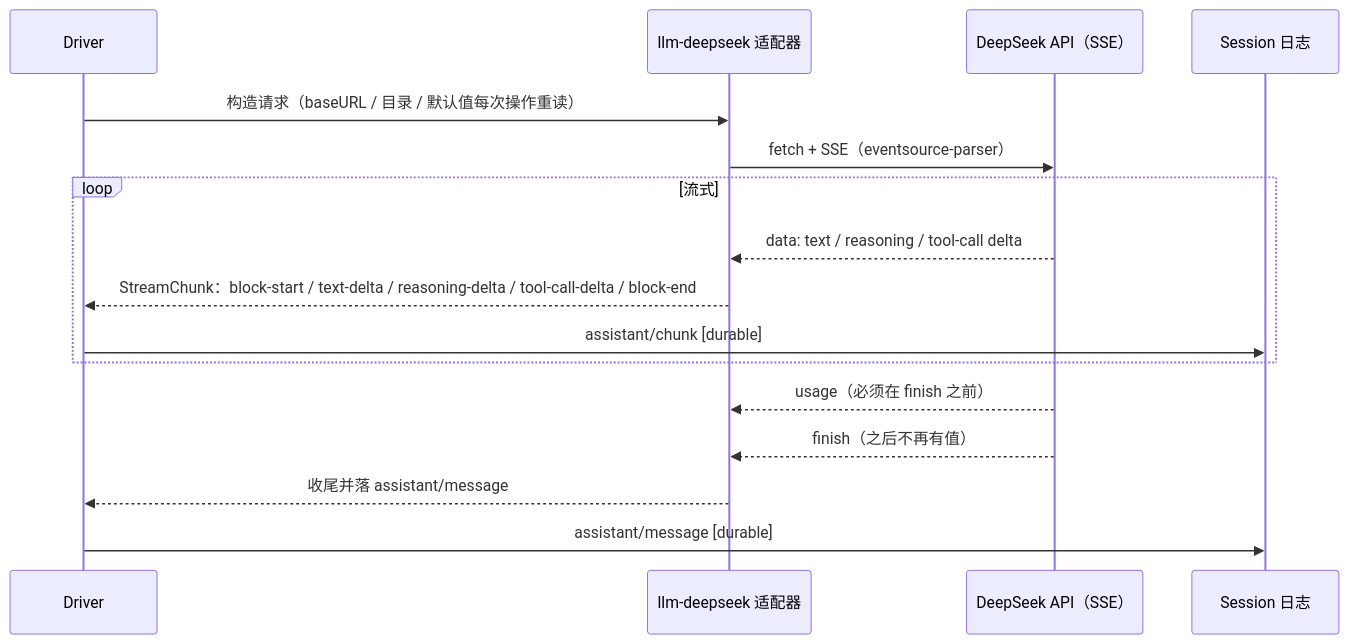
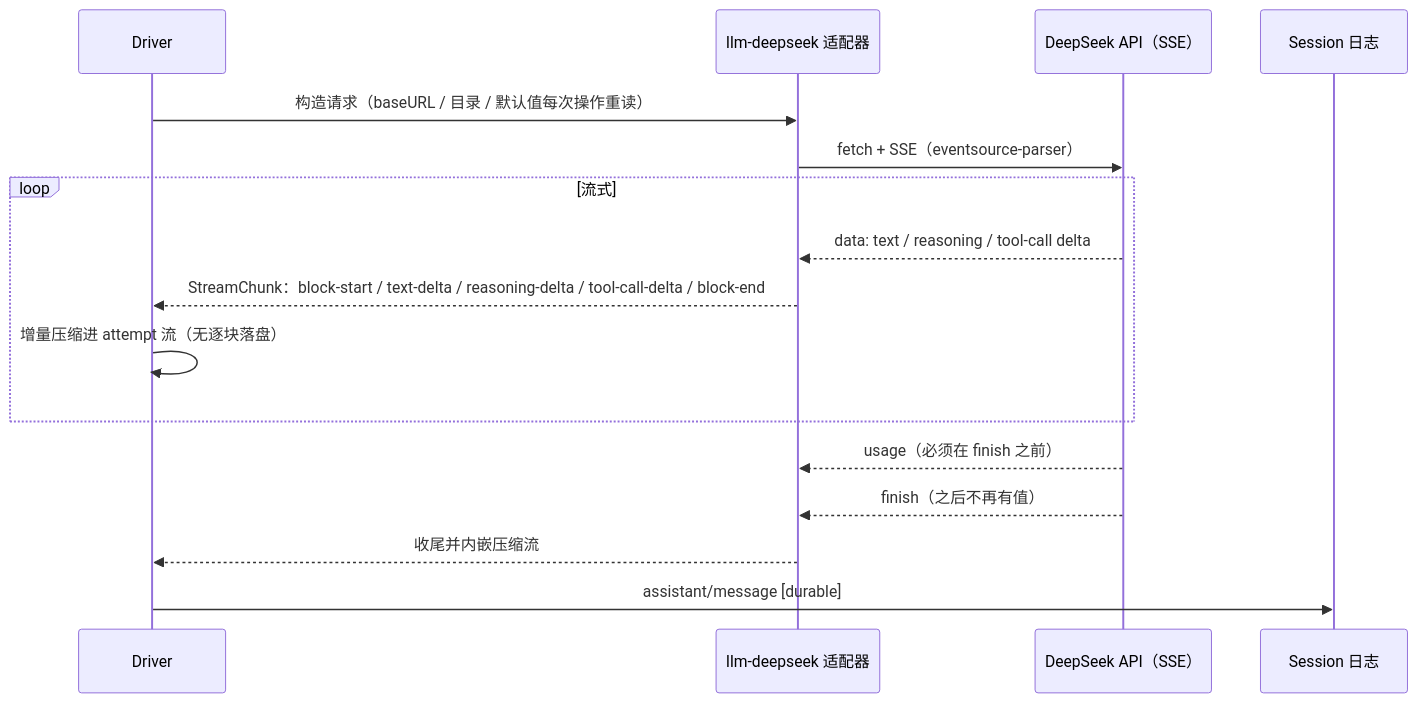
One commit to ZZKeepCurious/mini-deepseek-harness-python changed the fourth of 5 diagrams in docs/report/03-flows.md. Above: the diagram before and after it, drawn with Mermaid. The commit also changed other lines of this file and 47 other files, not shown here.

First line of the commit message:
feat(session)!: session event-format V2 — stream embedded in assistant/message, assistant/attempt, wire isSeeded; attachment verbatim files

````diff
--- a/docs/report/03-flows.md
+++ b/docs/report/03-flows.md
@@ -186,18 +186,18 @@
 ```mermaid
 sequenceDiagram
   participant D as Driver
   participant AD as llm-deepseek 适配器
   participant API as DeepSeek API（SSE）
   participant S as Session 日志
   D->>AD: 构造请求（baseURL / 目录 / 默认值每次操作重读）
   AD->>API: fetch + SSE（eventsource-parser）
   loop 流式
     API-->>AD: data: text / reasoning / tool-call delta
     AD-->>D: StreamChunk：block-start / text-delta / reasoning-delta / tool-call-delta / block-end
-    D->>S: assistant/chunk [durable]
+    D->>D: 增量压缩进 attempt 流（无逐块落盘）
   end
   API-->>AD: usage（必须在 finish 之前）
   API-->>AD: finish（之后不再有值）
-  AD-->>D: 收尾并落 assistant/message
+  AD-->>D: 收尾并内嵌压缩流
   D->>S: assistant/message [durable]
 ```
````
